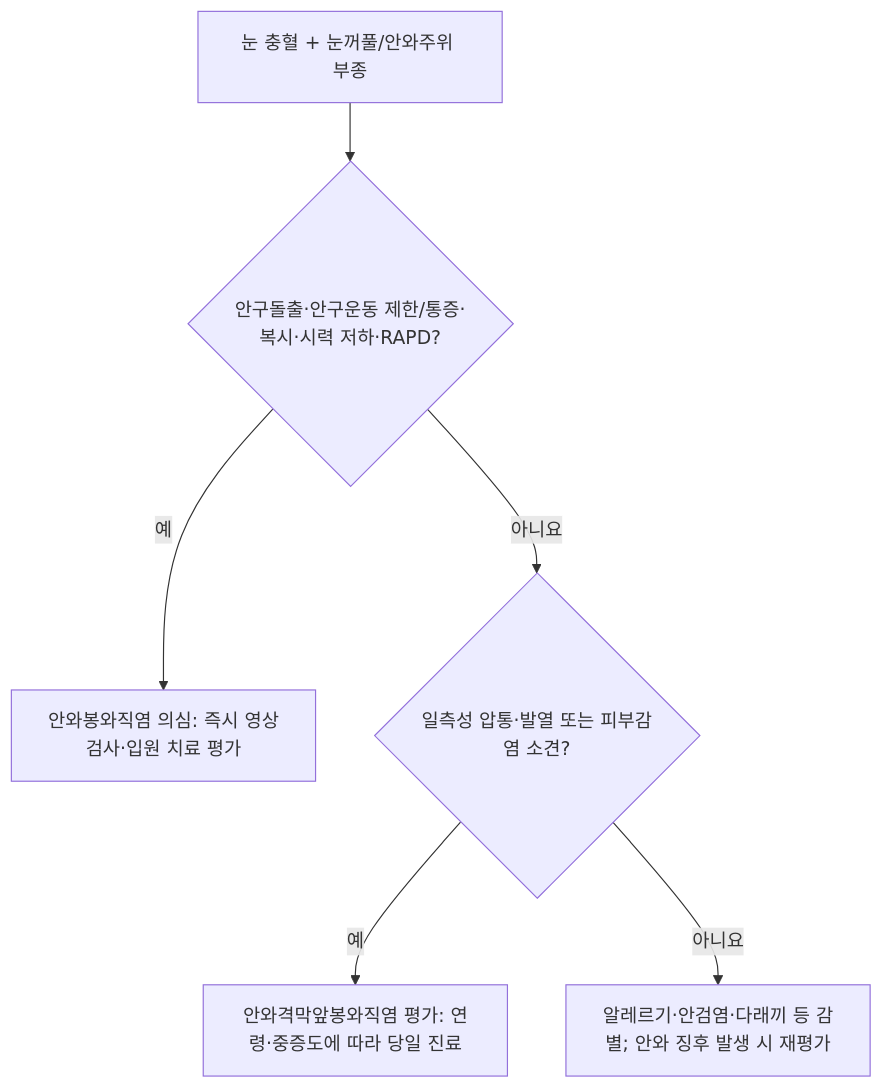
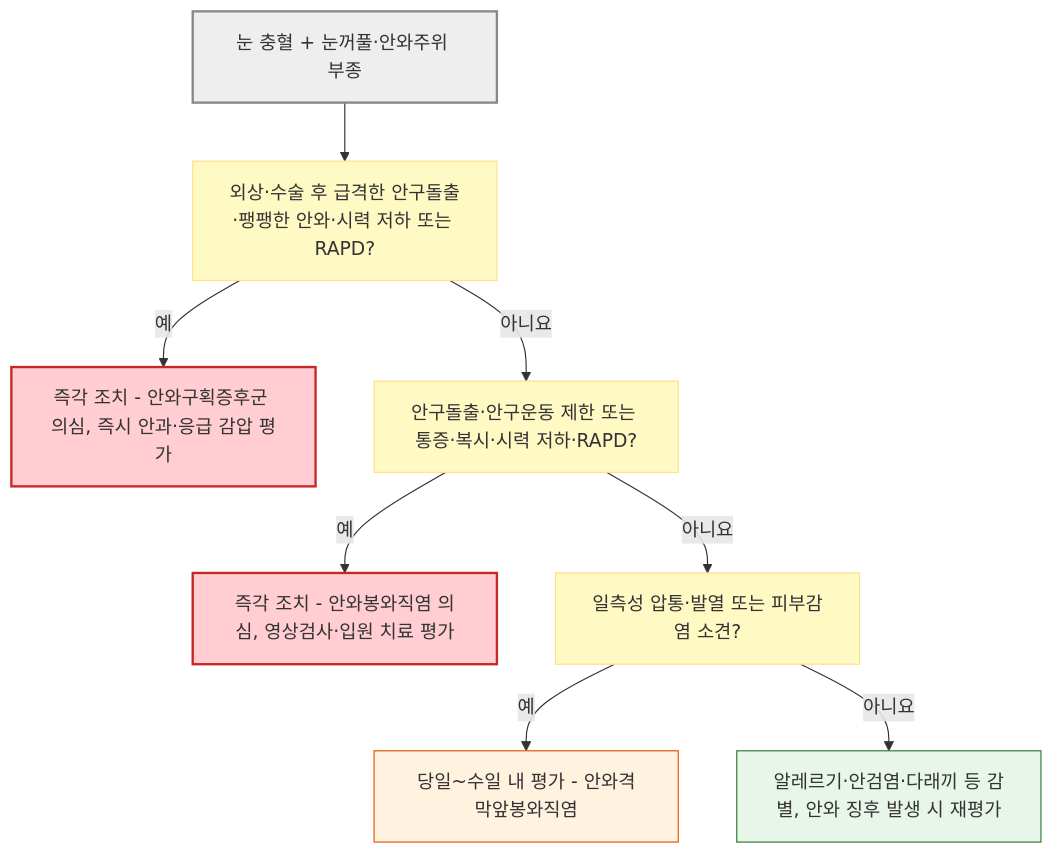
One commit to familyoh77/familyoh77 changed the second of 2 diagrams in 222_/037_-red-eye.md. Above: the diagram before and after it, drawn with Mermaid. The commit also changed other lines of this file, not shown here.

````diff
--- a/222_/037_-red-eye.md
+++ b/222_/037_-red-eye.md
@@ -120,8 +151,18 @@
 ```mermaid
 flowchart TD
-    A["눈 충혈 + 눈꺼풀/안와주위 부종"] --> B{"안구돌출·안구운동 제한/통증·복시·시력 저하·RAPD?"}
-    B -- "예" --> C["안와봉와직염 의심: 즉시 영상검사·입원 치료 평가"]
-    B -- "아니요" --> D{"일측성 압통·발열 또는 피부감염 소견?"}
-    D -- "예" --> E["안와격막앞봉와직염 평가: 연령·중증도에 따라 당일 진료"]
-    D -- "아니요" --> F["알레르기·안검염·다래끼 등 감별; 안와 징후 발생 시 재평가"]
+    A["눈 충혈 + 눈꺼풀·안와주위 부종"] --> T["외상·수술 후 급격한 안구돌출·팽팽한 안와·시력 저하 또는 RAPD?"]
+    T -- "예" --> OC["즉각 조치 - 안와구획증후군 의심, 즉시 안과·응급 감압 평가"]
+    T -- "아니요" --> B["안구돌출·안구운동 제한 또는 통증·복시·시력 저하·RAPD?"]
+    B -- "예" --> C["즉각 조치 - 안와봉와직염 의심, 영상검사·입원 치료 평가"]
+    B -- "아니요" --> D["일측성 압통·발열 또는 피부감염 소견?"]
+    D -- "예" --> E["당일~수일 내 평가 - 안와격막앞봉와직염"]
+    D -- "아니요" --> F["알레르기·안검염·다래끼 등 감별, 안와 징후 발생 시 재평가"]
+    style A fill:#eeeeee,stroke:#888888,stroke-width:2px
+    style T fill:#fff9c4,stroke:#ffe082
+    style B fill:#fff9c4,stroke:#ffe082
+    style D fill:#fff9c4,stroke:#ffe082
+    style OC fill:#ffcdd2,stroke:#c62828,stroke-width:2px
+    style C fill:#ffcdd2,stroke:#c62828,stroke-width:2px
+    style E fill:#fff3e0,stroke:#e65100
+    style F fill:#e8f5e9,stroke:#2e7d32
 ```
````
